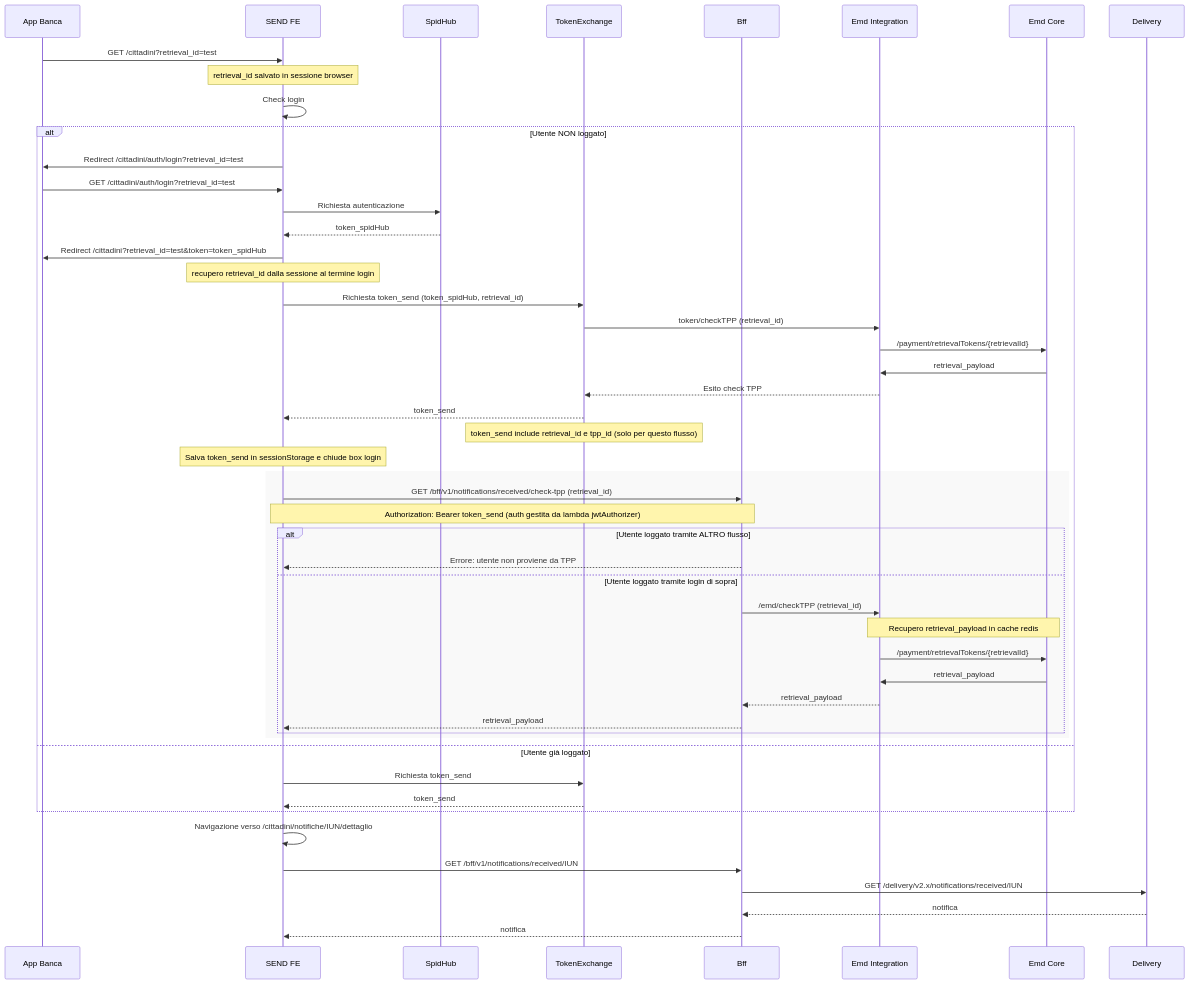
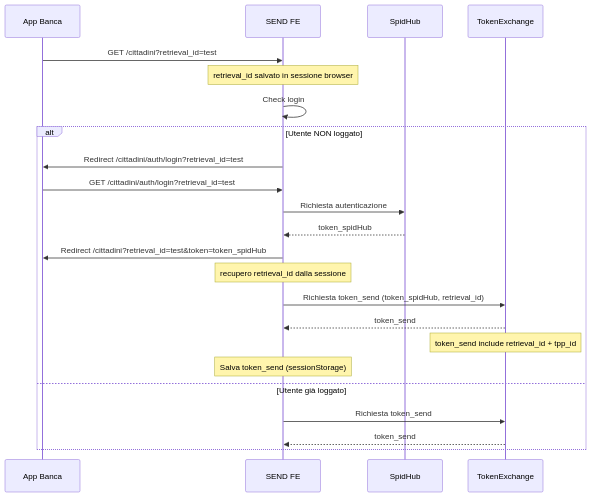
One commit to pagopa/pn-emd-integration changed the first of 3 diagrams in docs/sequences/AccessoAlDettaglioDellaNotifica.md. Above: the diagram before and after it, drawn with Mermaid. The commit also changed other lines of this file and 1 other file, not shown here.

Commit message:
PN-16925: fix sequences AccessoAlDettaglioDellaNotifica.md and InvioMessaggioCortesia.md

````diff
--- a/docs/sequences/AccessoAlDettaglioDellaNotifica.md
+++ b/docs/sequences/AccessoAlDettaglioDellaNotifica.md
@@ -1,57 +2,27 @@
 ```mermaid
 sequenceDiagram
-    %% Partecipanti principali
     participant App Banca
     participant SEND FE
     participant SpidHub
     participant TokenExchange
-    participant Bff
-    participant Emd Integration
-    participant Emd Core
-    participant Delivery
 
-    %% Accesso iniziale con retrieval_id
     App Banca->>SEND FE: GET /cittadini?retrieval_id=test
     Note over SEND FE: retrieval_id salvato in sessione browser
     SEND FE->>SEND FE: Check login
 
     alt Utente NON loggato
         SEND FE->>App Banca: Redirect /cittadini/auth/login?retrieval_id=test
         App Banca->>SEND FE: GET /cittadini/auth/login?retrieval_id=test
         SEND FE->>SpidHub: Richiesta autenticazione
         SpidHub-->>SEND FE: token_spidHub
         SEND FE->>App Banca: Redirect /cittadini?retrieval_id=test&token=token_spidHub
-        Note over SEND FE: recupero retrieval_id dalla sessione al termine login
+        Note over SEND FE: recupero retrieval_id dalla sessione
         SEND FE->>TokenExchange: Richiesta token_send (token_spidHub, retrieval_id)
-        TokenExchange->>Emd Integration: token/checkTPP (retrieval_id)
-        Emd Integration->>Emd Core: /payment/retrievalTokens/{retrievalId}
-        Emd Core->>Emd Integration: retrieval_payload
-        Emd Integration-->>TokenExchange: Esito check TPP
         TokenExchange-->>SEND FE: token_send
-        Note over TokenExchange: token_send include retrieval_id e tpp_id (solo per questo flusso)
-        Note over SEND FE: Salva token_send in sessionStorage e chiude box login
-    %% Verifica provenienza login (box)
-    rect rgba(240,240,240,0.4)
-    SEND FE->>Bff: GET /bff/v1/notifications/received/check-tpp (retrieval_id)
-    Note over SEND FE,Bff: Authorization: Bearer token_send (auth gestita da lambda jwtAuthorizer)
-    alt Utente loggato tramite ALTRO flusso
-        Bff-->>SEND FE: Errore: utente non proviene da TPP
-    else Utente loggato tramite login di sopra
-        Bff->>Emd Integration: /emd/checkTPP (retrieval_id)
-        Note over Emd Integration,Emd Core: Recupero retrieval_payload in cache redis
-        Emd Integration->>Emd Core: /payment/retrievalTokens/{retrievalId}
-        Emd Core->>Emd Integration: retrieval_payload
-        Emd Integration-->>Bff: retrieval_payload
-        Bff-->>SEND FE: retrieval_payload
-    end
-    end
+        Note over TokenExchange: token_send include retrieval_id + tpp_id
+        Note over SEND FE: Salva token_send (sessionStorage)
     else Utente già loggato
         SEND FE->>TokenExchange: Richiesta token_send
         TokenExchange-->>SEND FE: token_send
     end
-    SEND FE->>SEND FE: Navigazione verso /cittadini/notifiche/IUN/dettaglio
-    SEND FE->>Bff: GET /bff/v1/notifications/received/IUN
-    Bff->>Delivery: GET /delivery/v2.x/notifications/received/IUN
-    Delivery-->>Bff: notifica
-    Bff-->>SEND FE: notifica
 ```
````
